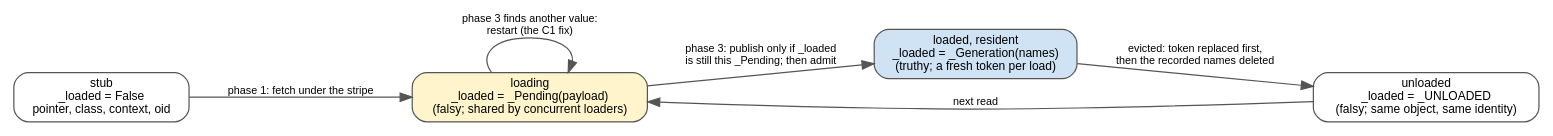
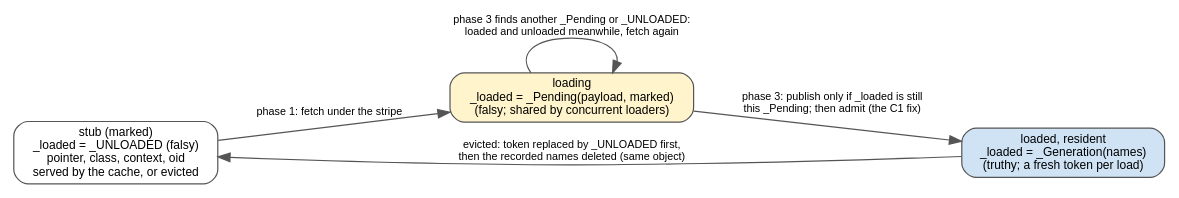
The diagram in docs/source/design-guide/diagrams/atom-lifecycle.dot (gamarino/ProtoDB), drawn with Graphviz before and after one commit. The commit also changed 20 other files, not shown here.

```diff
--- a/docs/source/design-guide/diagrams/atom-lifecycle.dot
+++ b/docs/source/design-guide/diagrams/atom-lifecycle.dot
@@ -1,18 +1,18 @@
 // The states of a shared atom under residency (Task 8.3m), held in the value of _loaded.
+// A stub the cache serves starts marked (_UNLOADED). Atoms the cache did not produce (live,
+// unsaved, transaction-private, one-off stubs) hold False / True and are never resident.
 // Render: dot -Tsvg atom-lifecycle.dot -o atom-lifecycle.svg
 digraph lifecycle {
   graph [rankdir=LR, fontname="Helvetica", fontsize=11, nodesep=0.4, ranksep=0.6];
   node  [fontname="Helvetica", fontsize=10, shape=box, style="rounded,filled", fillcolor="#ffffff", color="#555555"];
   edge  [fontname="Helvetica", fontsize=9, color="#555555"];
 
-  stub     [label="stub\n_loaded = False\npointer, class, context, oid"];
-  pending  [label="loading\n_loaded = _Pending(payload)\n(falsy; shared by concurrent loaders)", fillcolor="#fff4cc"];
+  unloaded [label="stub (marked)\n_loaded = _UNLOADED (falsy)\npointer, class, context, oid\nserved by the cache, or evicted"];
+  pending  [label="loading\n_loaded = _Pending(payload, marked)\n(falsy; shared by concurrent loaders)", fillcolor="#fff4cc"];
   loaded   [label="loaded, resident\n_loaded = _Generation(names)\n(truthy; a fresh token per load)", fillcolor="#cfe3f5"];
-  unloaded [label="unloaded\n_loaded = _UNLOADED\n(falsy; same object, same identity)"];
 
-  stub -> pending      [label="phase 1: fetch under the stripe"];
-  pending -> loaded    [label="phase 3: publish only if _loaded\nis still this _Pending; then admit"];
-  pending -> pending   [label="phase 3 finds another value:\nrestart (the C1 fix)"];
-  loaded -> unloaded   [label="evicted: token replaced first,\nthen the recorded names deleted"];
-  unloaded -> pending  [label="next read"];
+  unloaded -> pending  [label="phase 1: fetch under the stripe"];
+  pending -> loaded    [label="phase 3: publish only if _loaded is still\nthis _Pending; then admit (the C1 fix)"];
+  pending -> pending   [label="phase 3 finds another _Pending or _UNLOADED:\nloaded and unloaded meanwhile, fetch again"];
+  loaded -> unloaded   [label="evicted: token replaced by _UNLOADED first,\nthen the recorded names deleted (same object)"];
 }
```
